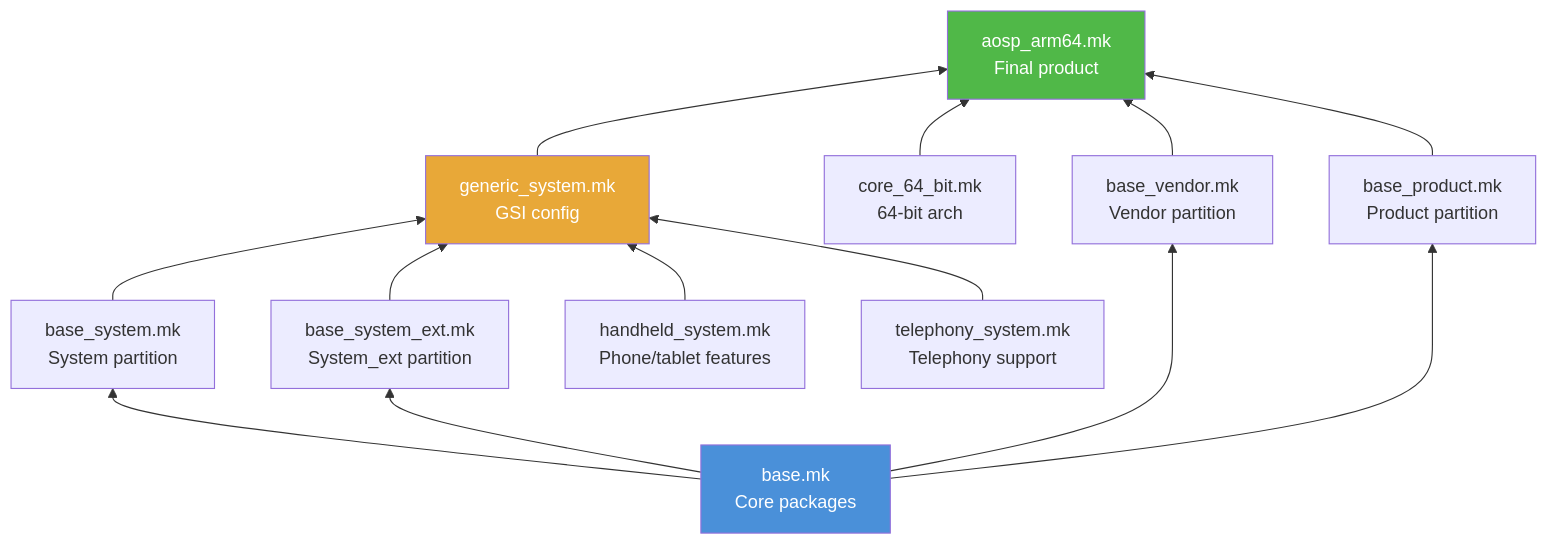
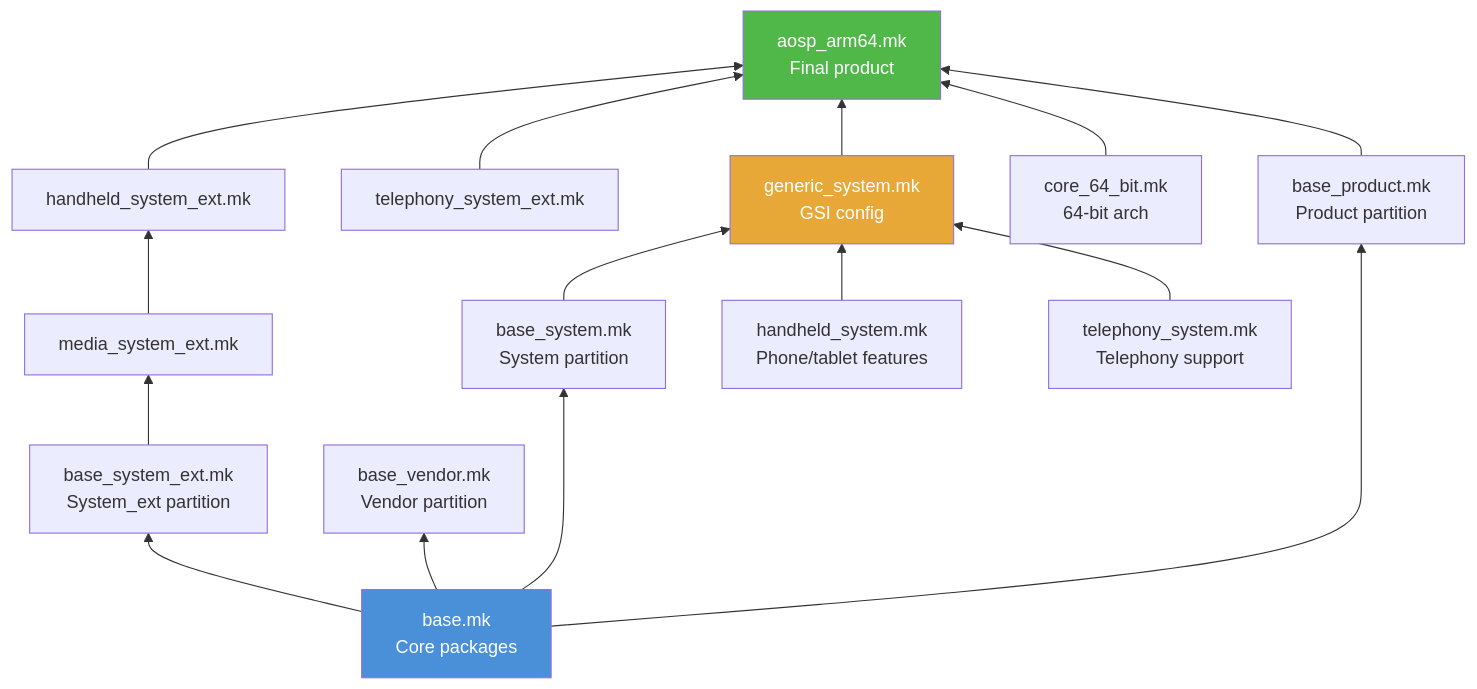
One commit to aospbooks/aosp-internal-book changed diagram 11 of 19 in agents/claude/skills/aosp-getting-started/02-source-and-build.md. Above: the diagram before and after it, drawn with Mermaid. The commit also changed other lines of this file and 218 other files, not shown here.

````diff
--- a/agents/claude/skills/aosp-getting-started/02-source-and-build.md
+++ b/agents/claude/skills/aosp-getting-started/02-source-and-build.md
@@ -2827,30 +2842,35 @@
 ```mermaid
 graph BT
     base["base.mk<br/>Core packages"]
     sys["base_system.mk<br/>System partition"]
     sext["base_system_ext.mk<br/>System_ext partition"]
     vend["base_vendor.mk<br/>Vendor partition"]
     prod["base_product.mk<br/>Product partition"]
     core64["core_64_bit.mk<br/>64-bit arch"]
     gsys["generic_system.mk<br/>GSI config"]
     handheld["handheld_system.mk<br/>Phone/tablet features"]
     tele["telephony_system.mk<br/>Telephony support"]
+    msext["media_system_ext.mk"]
+    hsext["handheld_system_ext.mk"]
+    tsext["telephony_system_ext.mk"]
     aosp["aosp_arm64.mk<br/>Final product"]
 
     base --> sys
     base --> sext
     base --> vend
     base --> prod
     sys --> gsys
-    sext --> gsys
     handheld --> gsys
     tele --> gsys
+    sext --> msext
+    msext --> hsext
+    hsext --> aosp
+    tsext --> aosp
     gsys --> aosp
     core64 --> aosp
-    vend --> aosp
     prod --> aosp
 
     style aosp fill:#50b848,color:#fff
     style base fill:#4a90d9,color:#fff
     style gsys fill:#e8a838,color:#fff
 ```
````
